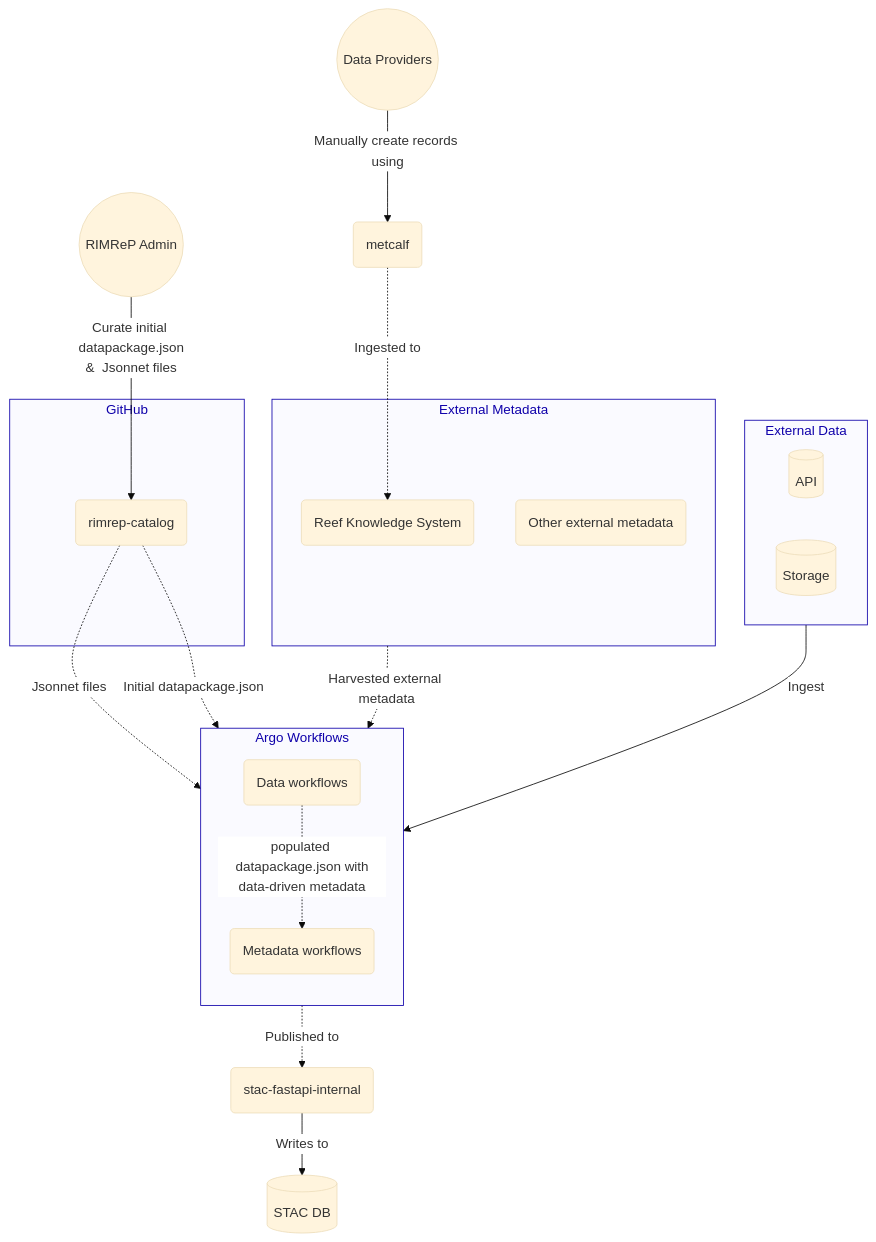
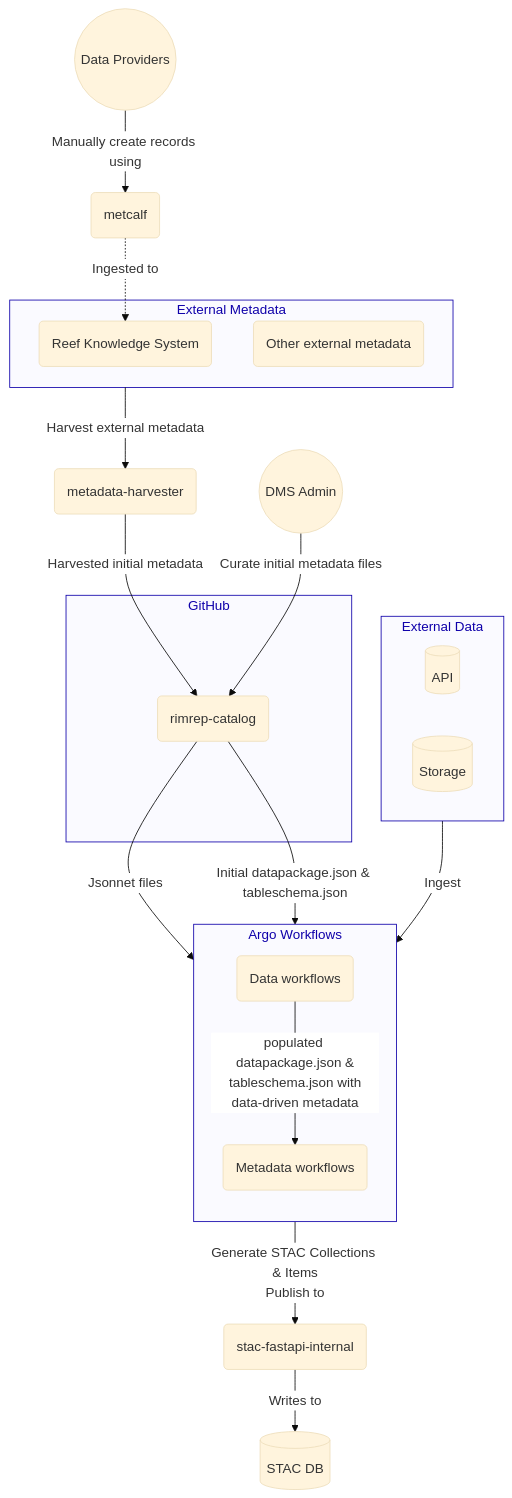
The third of 3 diagrams in docs/architecture/components/metadata-system.md (gbr-dms/rimrep-documentation), drawn with Mermaid before and after one commit.

Commit message:
Update Metadata flow diagram

````diff
--- a/docs/architecture/components/metadata-system.md
+++ b/docs/architecture/components/metadata-system.md
@@ -197,62 +197,63 @@
 ```mermaid
 %%{
   init: {
     'theme': 'base',
     'themeVariables': {
       'edgeLabelBackground': '#ffffff',
       'tertiaryTextColor': '#0f00aa',
       'clusterBkg': '#fafaff',
       'clusterBorder': '#0f00aa'
     }
   }
 }%%
 
 flowchart TB
   classDef red fill:#ffcccc,stroke:#ff0000;
 
   metadata_providers((Data Providers))
 
   subgraph group_external_metadata["External Metadata"]
     rks(Reef Knowledge System)
     external_metadata(Other external metadata)
   end
 
   subgraph group_external_data["External Data"]
     external_data_api[(API)]
     external_data_storage[(Storage)]
   end
 
   subgraph pipeline["Argo Workflows"]
     direction TB
     metadata_workflow(Metadata workflows)
     data_workflow(Data workflows)
-    data_workflow -. "`populated datapackage.json with<br>data-driven metadata`" .-> metadata_workflow
+    data_workflow --> |"`populated datapackage.json &<br>tableschema.json with<br>data-driven metadata`"|metadata_workflow
 
   end
 
   metcalf(metcalf)
 
-  rimrep_admin((RIMReP Admin))
+  rimrep_admin((DMS Admin))
 
   subgraph github["GitHub"]
     catalog(rimrep-catalog)
   end
   
   stac_db[(STAC DB)]
   stac_fastapi_internal(stac-fastapi-internal)
-
+  metadata_harvester(metadata-harvester)
 
 
   metadata_providers -->|Manually create records using| metcalf
   metcalf  -. Ingested to .-> rks
-  group_external_metadata -. Harvested external metadata .-> metadata_workflow
+  group_external_metadata --> |Harvest external metadata| metadata_harvester
+  metadata_harvester --> |Harvested initial metadata|catalog
 
 
   group_external_data -->|Ingest| data_workflow
 
-  rimrep_admin -->|"`Curate initial datapackage.json<br>&  Jsonnet files`"| catalog
-  catalog -.Jsonnet files.-> metadata_workflow
-  catalog -."Initial datapackage.json".-> data_workflow
-  metadata_workflow -. Published to .->stac_fastapi_internal
+  rimrep_admin -->|"`Curate initial metadata files`"| catalog
+  catalog --> |Jsonnet files| metadata_workflow
+  catalog --> |"Initial datapackage.json & tableschema.json"| data_workflow
+  metadata_workflow -->  |"`Generate STAC Collections & Items<br>Publish to`"|stac_fastapi_internal
   stac_fastapi_internal --> |Writes to| stac_db
 ```
````
